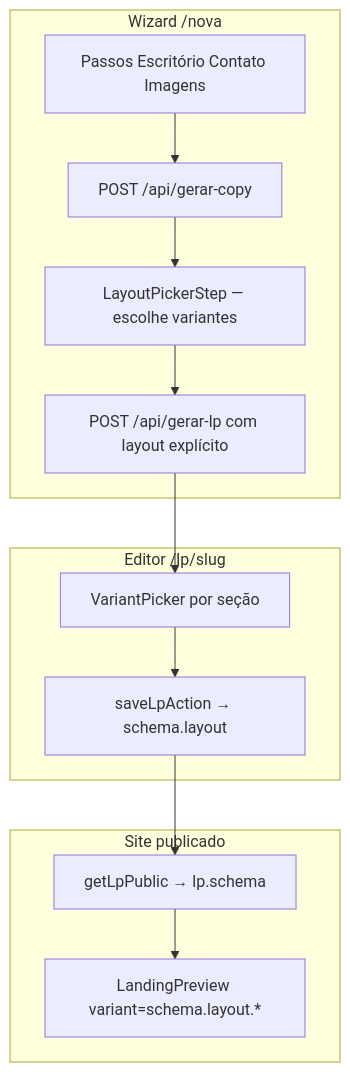
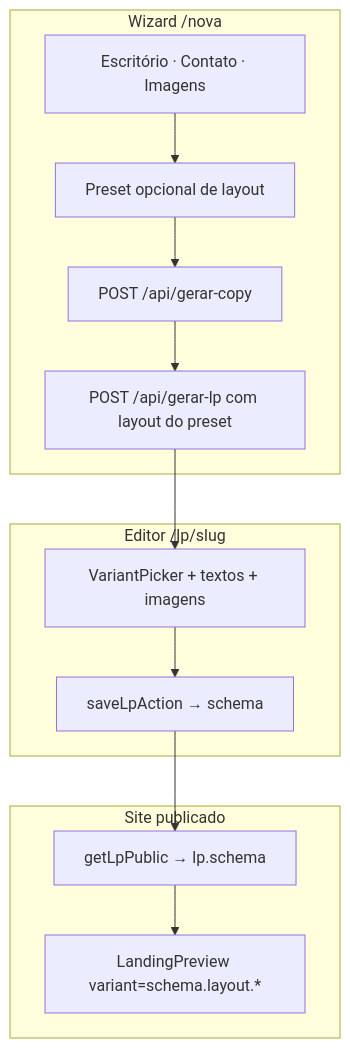
One commit to aceleracaojuridica/gerador-lp.causi.adv.br changed the diagram in docs/guides/templates-vs-variants.md. Above: the diagram before and after it, drawn with Mermaid. The commit also changed other lines of this file and 43 other files, not shown here.

Commit message:
Refactor landing page creation process to streamline wizard steps and enhance layout selection. Update documentation to reflect changes in schema handling and template usage. Introduce new LP theme styles and remove deprecated components for improved performance and maintainability.

````diff
--- a/docs/guides/templates-vs-variants.md
+++ b/docs/guides/templates-vs-variants.md
@@ -87,20 +85,20 @@
 ```mermaid
 flowchart TD
   subgraph wizard [Wizard /nova]
-    W1[Passos Escritório Contato Imagens]
-    W2["POST /api/gerar-copy"]
-    W3[LayoutPickerStep — escolhe variantes]
-    W4["POST /api/gerar-lp com layout explícito"]
+    W1[Escritório · Contato · Imagens]
+    W2[Preset opcional de layout]
+    W3["POST /api/gerar-copy"]
+    W4["POST /api/gerar-lp com layout do preset"]
   end
   subgraph editor [Editor /lp/slug]
-    E1[VariantPicker por seção]
-    E2[saveLpAction → schema.layout]
+    E1[VariantPicker + textos + imagens]
+    E2[saveLpAction → schema]
   end
   subgraph public [Site publicado]
     P1[getLpPublic → lp.schema]
     P2["LandingPreview variant=schema.layout.*"]
   end
   W1 --> W2 --> W3 --> W4
   W4 --> E1 --> E2
   E2 --> P1 --> P2
 ```
````
